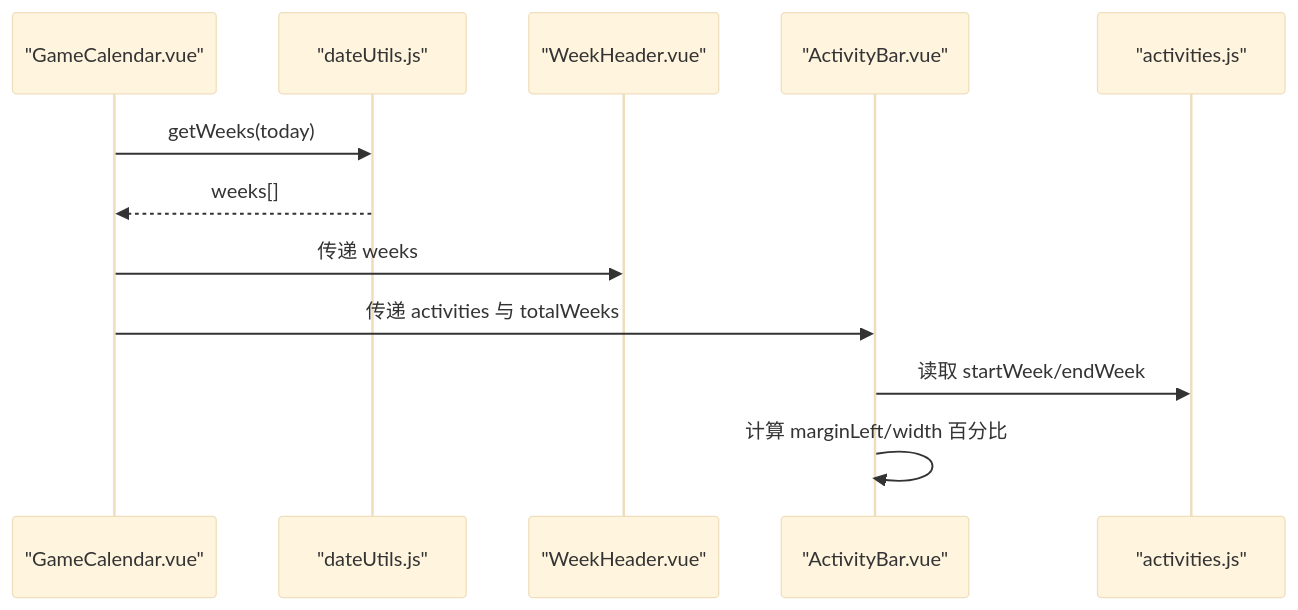
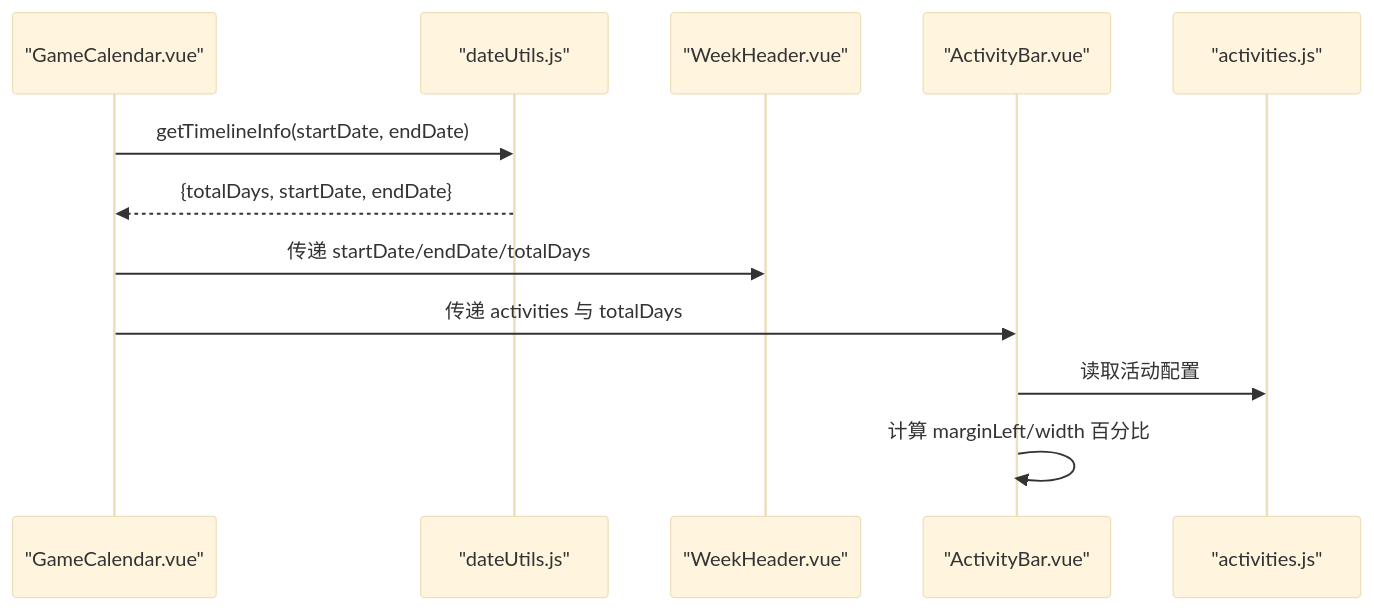
One commit to xuanyulingnfeg/gameCalendar changed the sixth of 7 diagrams in .qoder/repowiki/zh/content/工具函数.md. Above: the diagram before and after it, drawn with Mermaid (base theme). The commit also changed other lines of this file and 5 other files, not shown here.

````diff
--- a/.qoder/repowiki/zh/content/工具函数.md
+++ b/.qoder/repowiki/zh/content/工具函数.md
@@ -325,14 +260,14 @@
 ```mermaid
 sequenceDiagram
 participant Calendar as "GameCalendar.vue"
 participant Utils as "dateUtils.js"
 participant Header as "WeekHeader.vue"
 participant Bar as "ActivityBar.vue"
 participant Config as "activities.js"
-Calendar->>Utils : getWeeks(today)
-Utils-->>Calendar : weeks[]
-Calendar->>Header : 传递 weeks
-Calendar->>Bar : 传递 activities 与 totalWeeks
-Bar->>Config : 读取 startWeek/endWeek
+Calendar->>Utils : getTimelineInfo(startDate, endDate)
+Utils-->>Calendar : {totalDays, startDate, endDate}
+Calendar->>Header : 传递 startDate/endDate/totalDays
+Calendar->>Bar : 传递 activities 与 totalDays
+Bar->>Config : 读取活动配置
 Bar->>Bar : 计算 marginLeft/width 百分比
 ```
````
